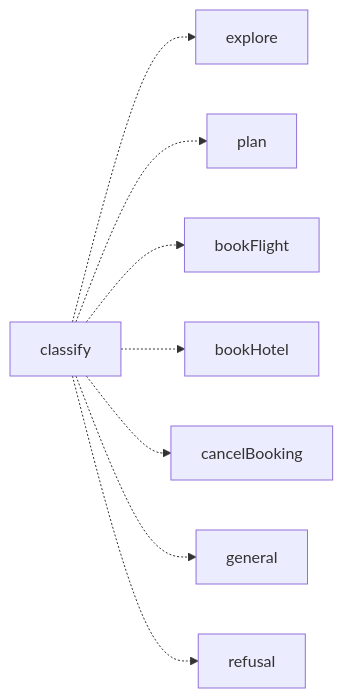
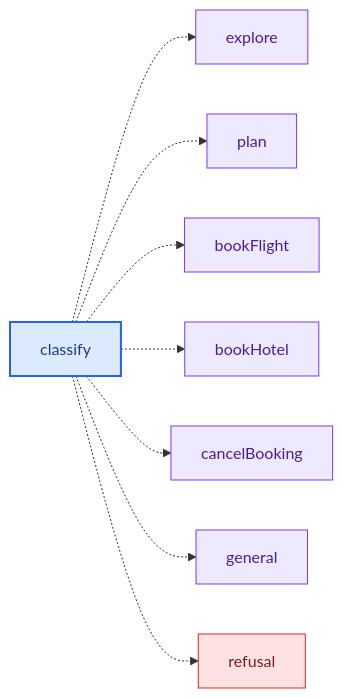
One commit to nguyentrathao-agilityio/travel-assistant changed the second of 3 diagrams in docs/flows/01-intent-routing-supervisor.md. Above: the diagram before and after it, drawn with Mermaid. The commit also changed other lines of this file and 6 other files, not shown here.

Commit message:
docs: style Mermaid workflow diagrams

````diff
--- a/docs/flows/01-intent-routing-supervisor.md
+++ b/docs/flows/01-intent-routing-supervisor.md
@@ -33,10 +47,18 @@
 ```mermaid
 flowchart LR
     classify -.-> explore
     classify -.-> plan
     classify -.-> bookFlight
     classify -.-> bookHotel
     classify -.-> cancelBooking
     classify -.-> general
     classify -.-> refusal
+
+    classDef routing fill:#dbeafe,stroke:#2563eb,color:#1e3a8a,stroke-width:2px
+    classDef agent fill:#ede9fe,stroke:#7c3aed,color:#4c1d95
+    classDef danger fill:#fee2e2,stroke:#dc2626,color:#7f1d1d
+
+    class classify routing
+    class explore,plan,bookFlight,bookHotel,cancelBooking,general agent
+    class refusal danger
 ```
````
